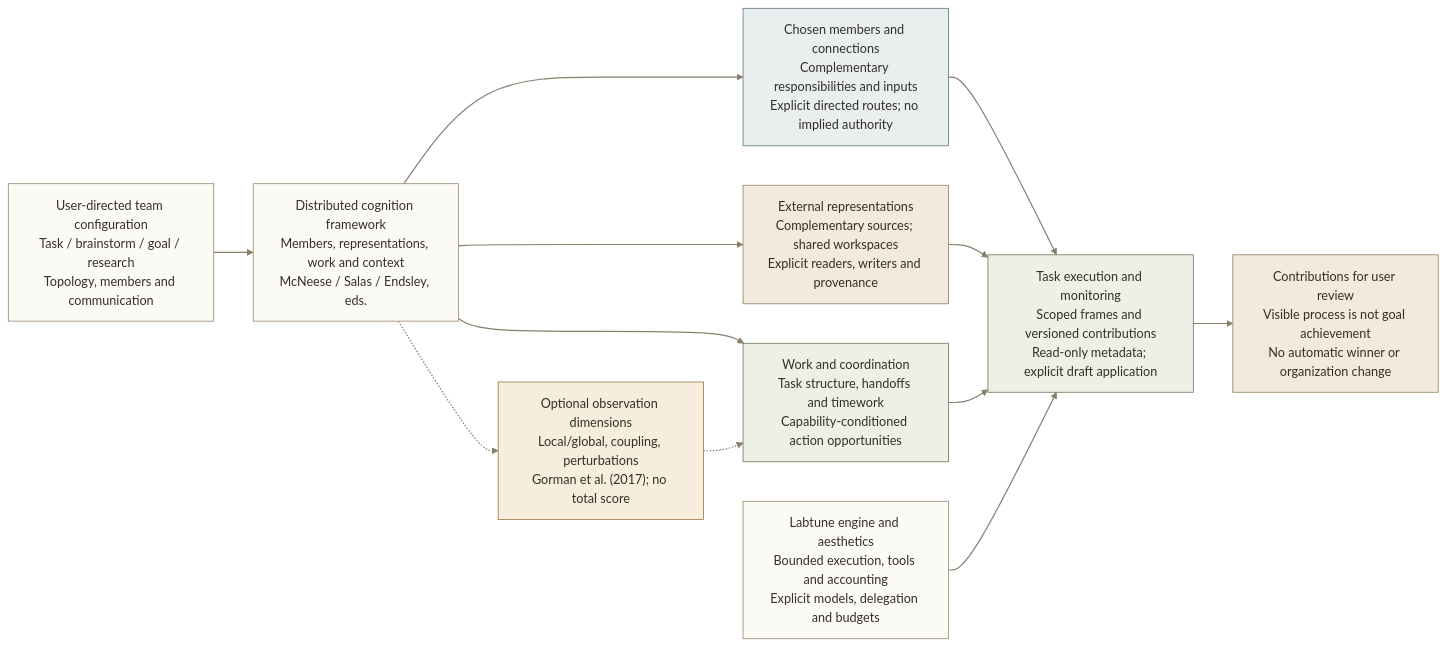
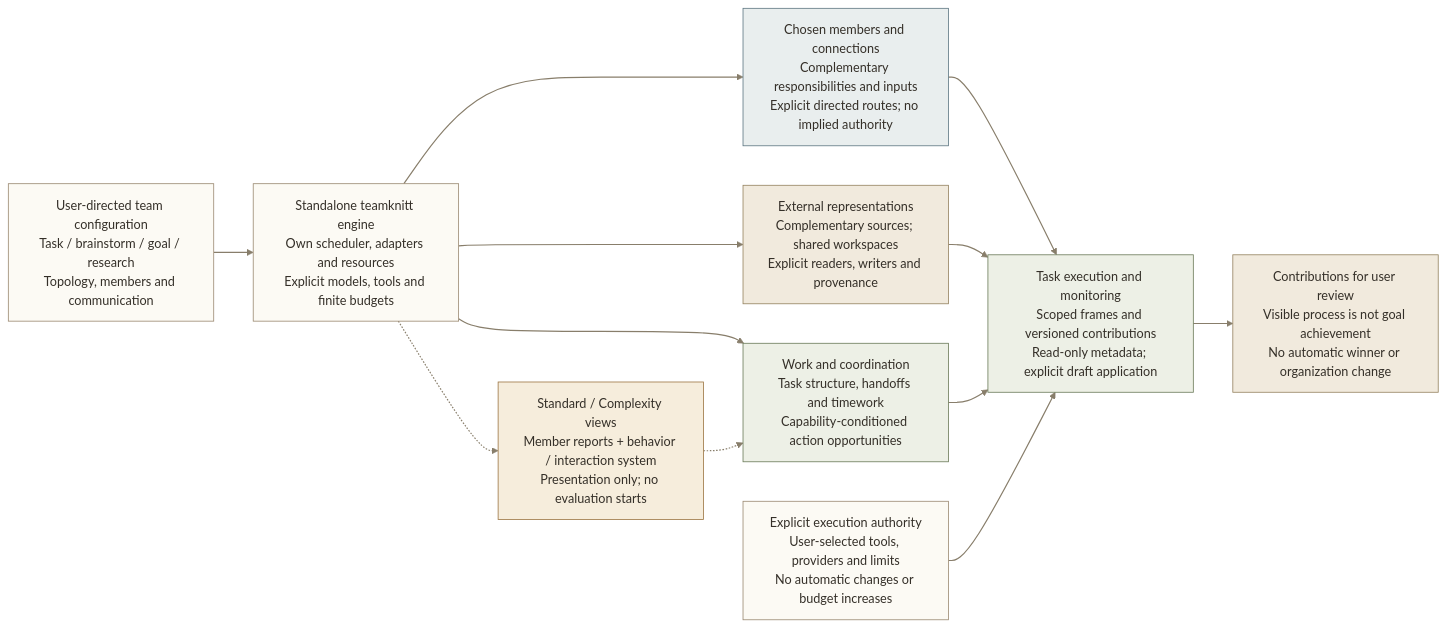
Before and after one commit to JeranRolevs/teamknitt: the diagram in diagrams/13-teamknitt-system.mmd, drawn with Mermaid. The commit also changed 336 other files, not shown here.

First line of the commit message:
Establish standalone teamknitt 0.5.0 starting baseline

```diff
--- a/diagrams/13-teamknitt-system.mmd
+++ b/diagrams/13-teamknitt-system.mmd
@@ -1,34 +1,34 @@
 %% Generated from specs.py; 2026-11-08. Current runtime; gray nodes are planned.
 flowchart LR
     baseline["User-directed team configuration<br/>Task / brainstorm / goal / research<br/>Topology, members and communication"]
-    backbone["Distributed cognition framework<br/>Members, representations, work and context<br/>McNeese / Salas / Endsley, eds."]
-    temporal["Optional observation dimensions<br/>Local/global, coupling, perturbations<br/>Gorman et al. (2017); no total score"]
+    backbone["Standalone teamknitt engine<br/>Own scheduler, adapters and resources<br/>Explicit models, tools and finite budgets"]
+    temporal["Standard / Complexity views<br/>Member reports + behavior / interaction system<br/>Presentation only; no evaluation starts"]
     roles["Chosen members and connections<br/>Complementary responsibilities and inputs<br/>Explicit directed routes; no implied authority"]
     reps["External representations<br/>Complementary sources; shared workspaces<br/>Explicit readers, writers and provenance"]
     work["Work and coordination<br/>Task structure, handoffs and timework<br/>Capability-conditioned action opportunities"]
-    authority["Labtune engine and aesthetics<br/>Bounded execution, tools and accounting<br/>Explicit models, delegation and budgets"]
+    authority["Explicit execution authority<br/>User-selected tools, providers and limits<br/>No automatic changes or budget increases"]
     runtime["Task execution and monitoring<br/>Scoped frames and versioned contributions<br/>Read-only metadata; explicit draft application"]
     record["Contributions for user review<br/>Visible process is not goal achievement<br/>No automatic winner or organization change"]
     baseline --> backbone
     backbone -.-> temporal
     backbone --> roles
     backbone --> reps
     backbone --> work
     temporal -.-> work
     roles --> runtime
     reps --> runtime
     work --> runtime
     authority --> runtime
     runtime --> record
     classDef artifact fill:#FCFAF4,stroke:#99876F,color:#342F28;
     class baseline,backbone,authority artifact;
     classDef llm fill:#E9EEEE,stroke:#5B7580,color:#342F28;
     class roles llm;
     classDef code fill:#EDF0E6,stroke:#697957,color:#342F28;
     class work,runtime code;
     classDef evidence fill:#F1EADD,stroke:#93805D,color:#342F28;
     class reps,record evidence;
     classDef optional fill:#F6EDDC,stroke:#9A7440,color:#342F28;
     class temporal optional;
     classDef future fill:#EEEDE8,stroke:#999389,color:#342F28;
     linkStyle default stroke:#887E6B,stroke-width:1.5px;
```
